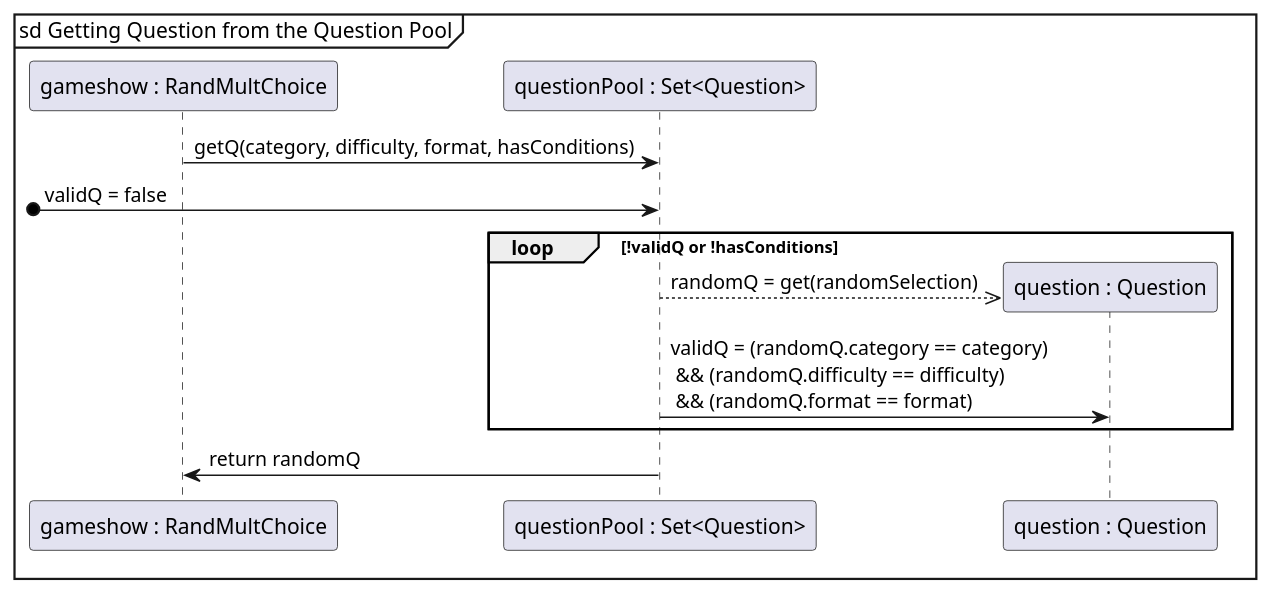
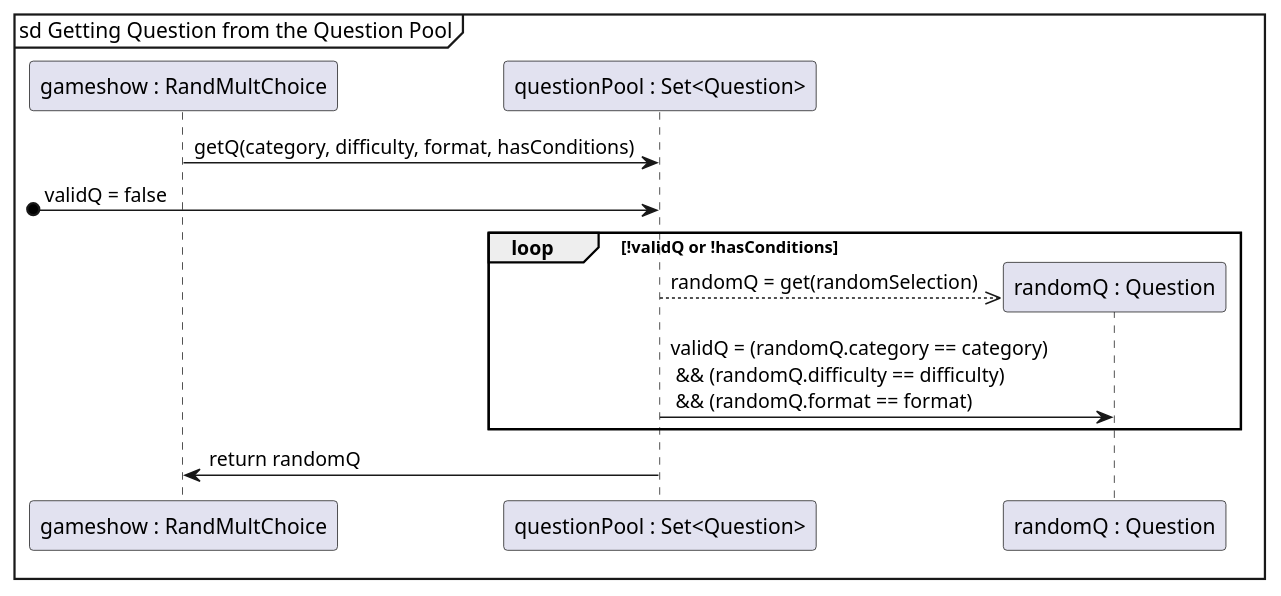
One commit to aczar09/Trivia-Game-Android changed the fourth of 4 diagrams in doc/design.md. Above: the diagram before and after it, drawn with PlantUML.

Commit message:
Edited new sequence diagrams describing question retrieval

````diff
--- a/doc/design.md
+++ b/doc/design.md
@@ -100,15 +100,15 @@
 ```plantuml
 @startuml
 mainframe sd Getting Question from the Question Pool
 participant "gameshow : RandMultChoice" as rmc
 participant "questionPool : Set<Question>" as qp
-participant "question : Question" as q
+participant "randomQ : Question" as q
 rmc -> qp: getQ(category, difficulty, format, hasConditions)
 [o-> qp: validQ = false
 loop !validQ or !hasConditions
 qp -->> q **: randomQ = get(randomSelection)
 qp-> q: validQ = (randomQ.category == category) \n && (randomQ.difficulty == difficulty) \n && (randomQ.format == format)
 end
 qp -> rmc: return randomQ 
 @enduml
 ```
````
